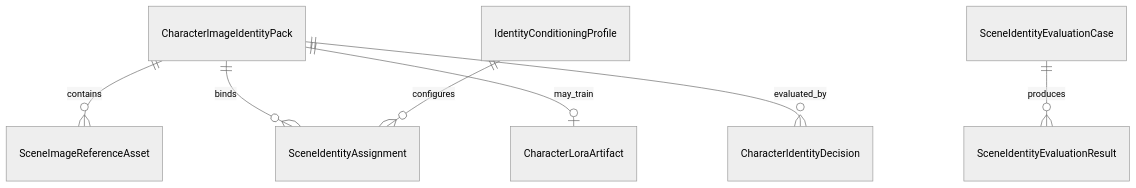
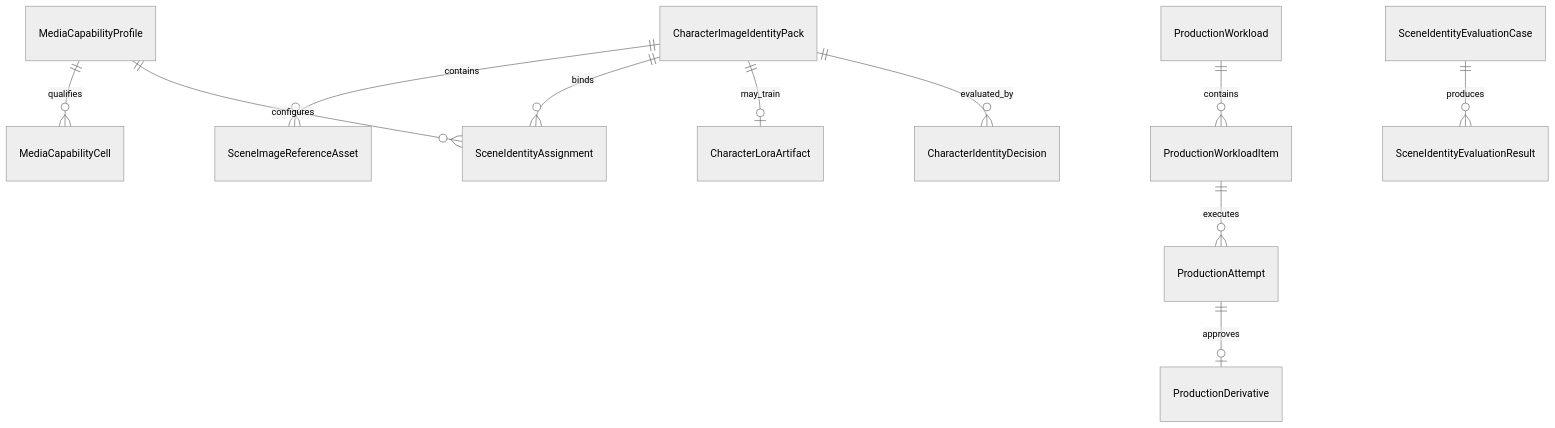
Before and after one commit to DaturaInoxia/DreamGenClone: the diagram in specs/Planning/B-032-scene-image-generator/phase-2-character-identity/data-model.md, drawn with Mermaid (neutral theme). The commit also changed other lines of this file and 21 other files, not shown here.

````diff
--- a/specs/Planning/B-032-scene-image-generator/phase-2-character-identity/data-model.md
+++ b/specs/Planning/B-032-scene-image-generator/phase-2-character-identity/data-model.md
@@ -74,9 +101,13 @@
 ```mermaid
 erDiagram
     CharacterImageIdentityPack ||--o{ SceneImageReferenceAsset : contains
     CharacterImageIdentityPack ||--o{ SceneIdentityAssignment : binds
-    IdentityConditioningProfile ||--o{ SceneIdentityAssignment : configures
+    MediaCapabilityProfile ||--o{ MediaCapabilityCell : qualifies
+    MediaCapabilityProfile ||--o{ SceneIdentityAssignment : configures
+    ProductionWorkload ||--o{ ProductionWorkloadItem : contains
+    ProductionWorkloadItem ||--o{ ProductionAttempt : executes
+    ProductionAttempt ||--o| ProductionDerivative : approves
     SceneIdentityEvaluationCase ||--o{ SceneIdentityEvaluationResult : produces
     CharacterImageIdentityPack ||--o| CharacterLoraArtifact : may_train
     CharacterImageIdentityPack ||--o{ CharacterIdentityDecision : evaluated_by
 ```
````
